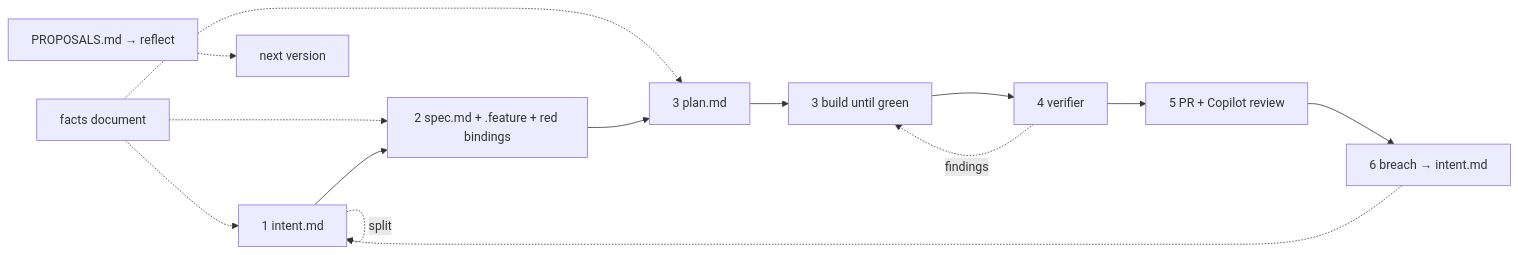
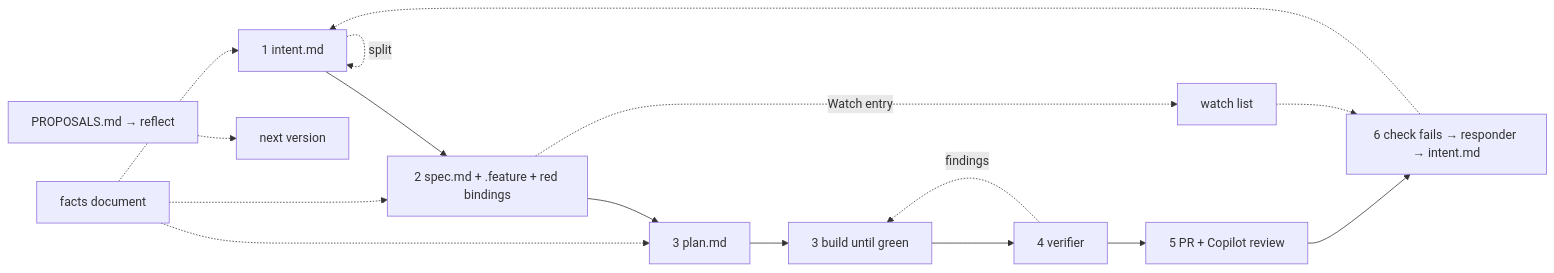
Before and after one commit to meteoFurletov/balka: the diagram in README.md, drawn with Mermaid. The commit also changed other lines of this file and 19 other files, not shown here.

````diff
--- a/README.md
+++ b/README.md
@@ -59,9 +57,11 @@
 ```mermaid
 flowchart LR
   F[facts document] -.-> I & S & P
   I[1 intent.md] --> S[2 spec.md + .feature + red bindings] --> P[3 plan.md] --> B[3 build until green] --> T[4 verifier] --> D[5 PR + Copilot review]
   T -. findings .-> B
   I -. split .-> I
-  D --> M[6 breach → intent.md] -.-> I
+  S -. Watch entry .-> W[watch list]
+  D --> M[6 check fails → responder → intent.md] -.-> I
+  W -.-> M
   R[PROPOSALS.md → reflect] -.-> next[next version]
 ```
````
